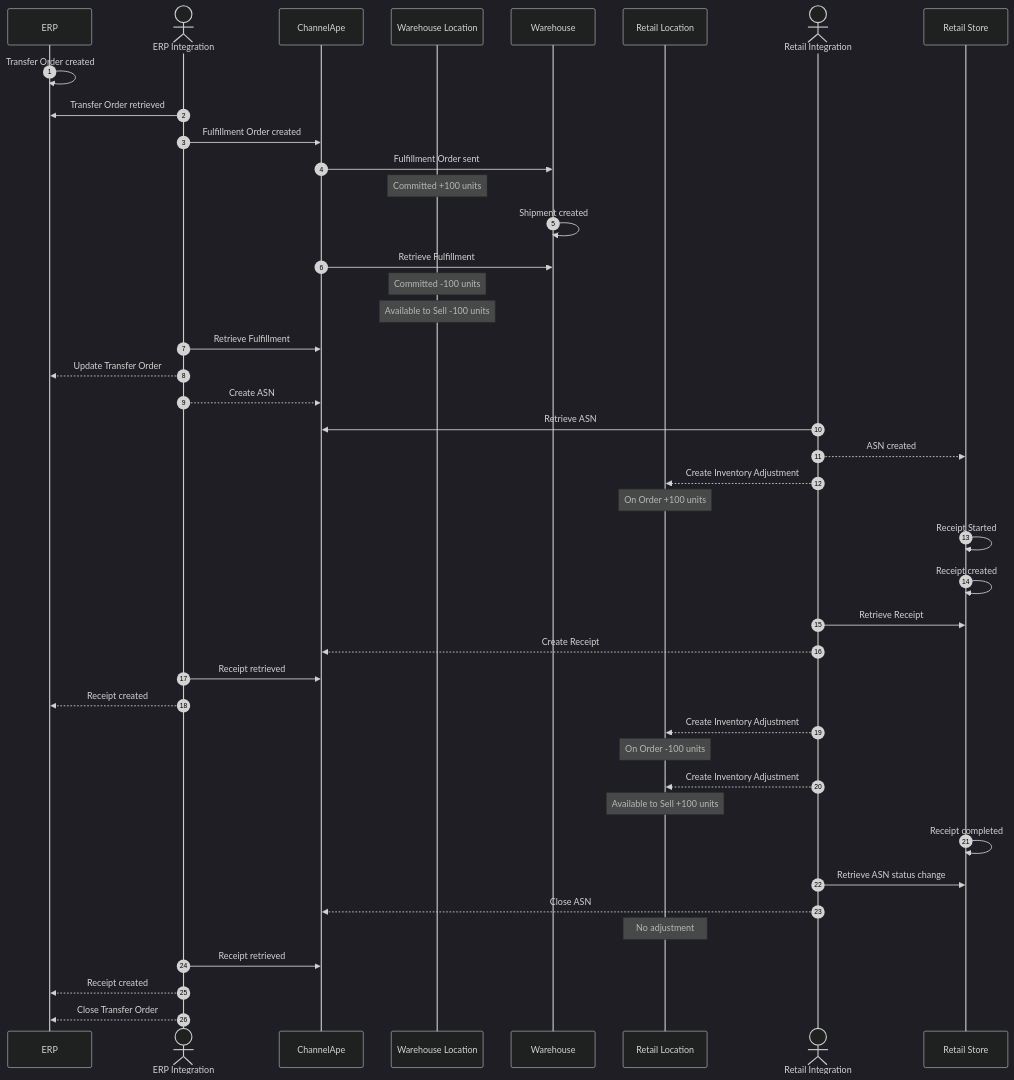
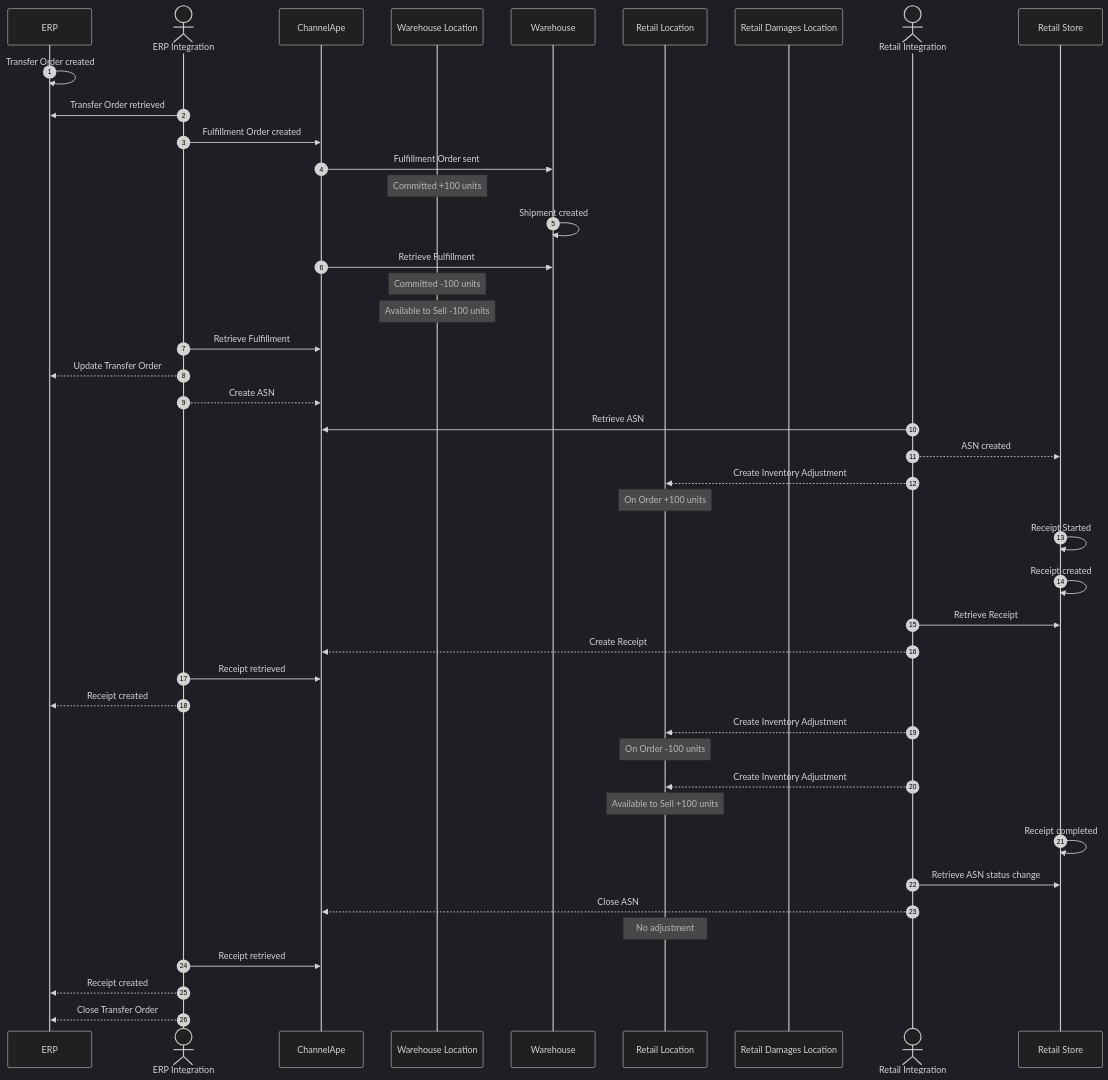
One commit to ChannelApe/channelape-docs changed the first of 6 diagrams in data-flows/transfer-orders/README.md. Above: the diagram before and after it, drawn with Mermaid (dark theme). The commit also changed other lines of this file, not shown here.

Commit message:
Moved Retail Damages Location closer to CA

````diff
--- a/data-flows/transfer-orders/README.md
+++ b/data-flows/transfer-orders/README.md
@@ -24,57 +24,58 @@
 ```mermaid
 sequenceDiagram
     autonumber
     participant ERP
     actor ERP Integration
     participant ChannelApe
     participant Warehouse Location
     participant Warehouse
     participant Retail Location
+    participant Retail Damages Location
     actor Retail Integration
     participant Retail Store
 
     ERP->>ERP: Transfer Order created
 
     ERP Integration->>ERP: Transfer Order retrieved
     ERP Integration->>ChannelApe: Fulfillment Order created
 
     ChannelApe->>Warehouse: Fulfillment Order sent
     note over Warehouse Location: Committed +100 units
 
     Warehouse->>Warehouse: Shipment created
     
     ChannelApe->>Warehouse: Retrieve Fulfillment
     note over Warehouse Location: Committed -100 units
     note over Warehouse Location: Available to Sell -100 units
 
     ERP Integration->>ChannelApe: Retrieve Fulfillment
     ERP Integration-->>ERP: Update Transfer Order
     ERP Integration-->>ChannelApe: Create ASN
     
     Retail Integration->>ChannelApe: Retrieve ASN
     Retail Integration-->>Retail Store: ASN created
     Retail Integration-->>Retail Location: Create Inventory Adjustment
     note over Retail Location: On Order +100 units
 
     Retail Store->>Retail Store: Receipt Started
 
     Retail Store->>Retail Store: Receipt created
     Retail Integration->>Retail Store: Retrieve Receipt
     Retail Integration-->>ChannelApe: Create Receipt
     ERP Integration->>ChannelApe: Receipt retrieved
     ERP Integration-->>ERP: Receipt created
     Retail Integration-->>Retail Location: Create Inventory Adjustment
     note over Retail Location: On Order -100 units
     Retail Integration-->>Retail Location: Create Inventory Adjustment
     note over Retail Location: Available to Sell +100 units
 
     Retail Store->>Retail Store: Receipt completed
 
     Retail Integration->>Retail Store: Retrieve ASN status change
     Retail Integration-->>ChannelApe: Close ASN
     note over Retail Location: No adjustment
 
     ERP Integration->>ChannelApe: Receipt retrieved
     ERP Integration-->>ERP: Receipt created
     ERP Integration-->>ERP: Close Transfer Order
 ```
````
